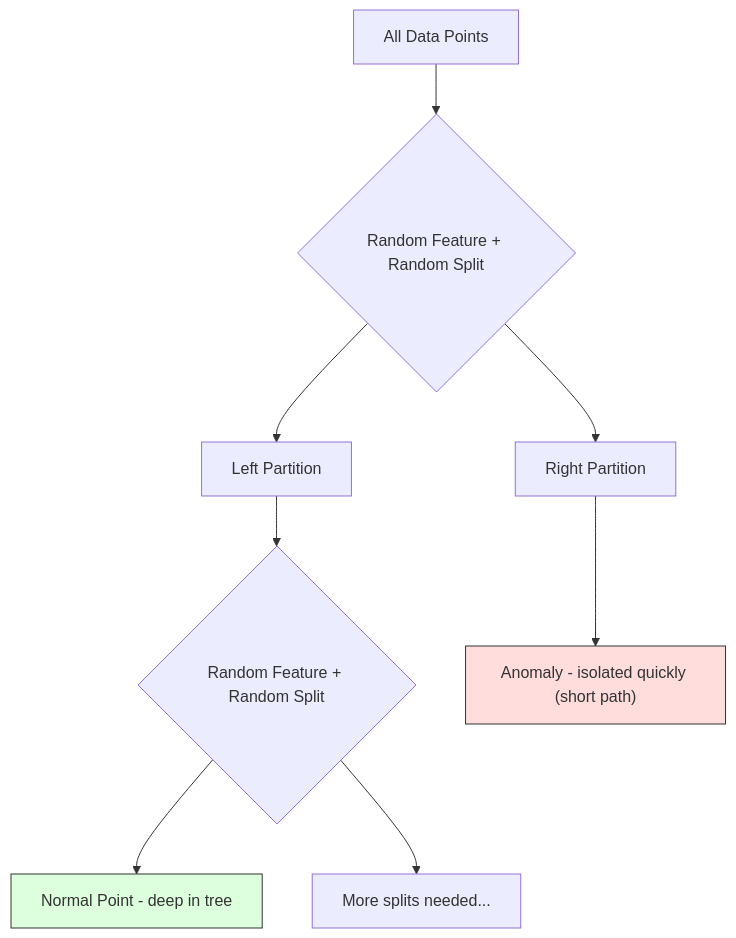
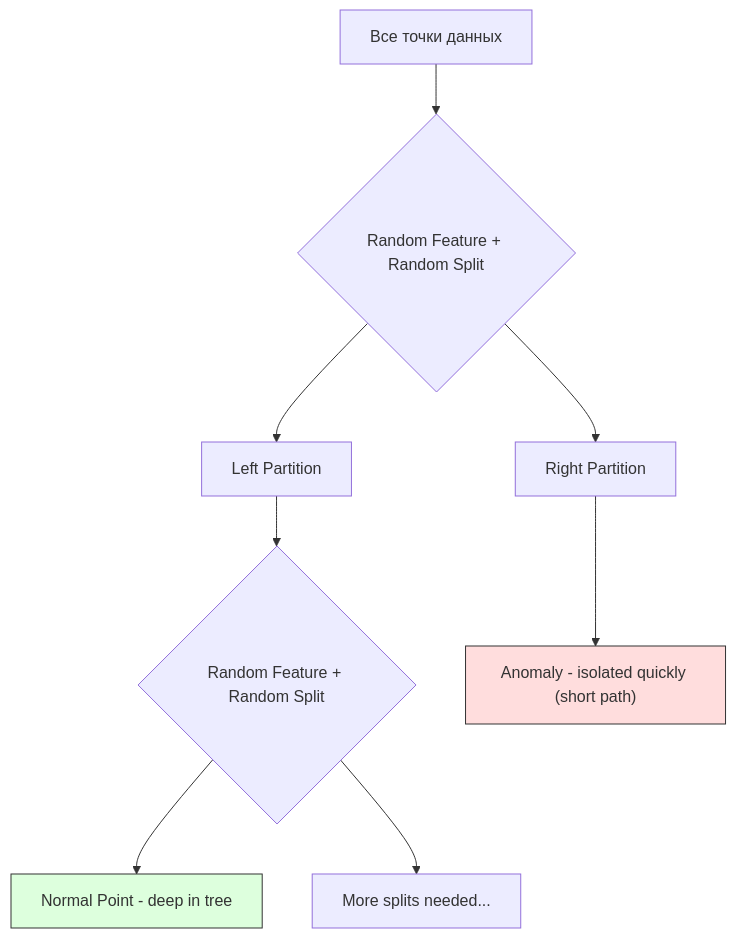
The second of 3 diagrams in phases/02-ml-fundamentals/16-anomaly-detection/docs/ru.md (stabuev/ai-engineering-from-scratch), drawn with Mermaid before and after one commit. The commit also changed other lines of this file and 22 other files, not shown here.

````diff
--- a/phases/02-ml-fundamentals/16-anomaly-detection/docs/ru.md
+++ b/phases/02-ml-fundamentals/16-anomaly-detection/docs/ru.md
@@ -127,13 +127,13 @@
 ```mermaid
 flowchart TD
-    A[All Data Points] --> B{Random Feature + Random Split}
+    A[Все точки данных] --> B{Random Feature + Random Split}
     B --> C[Left Partition]
     B --> D[Right Partition]
     C --> E{Random Feature + Random Split}
     E --> F[Normal Point - deep in tree]
     E --> G[More splits needed...]
     D --> H["Anomaly - isolated quickly (short path)"]
 
     style H fill:#fdd,stroke:#333
     style F fill:#dfd,stroke:#333
 ```
````
